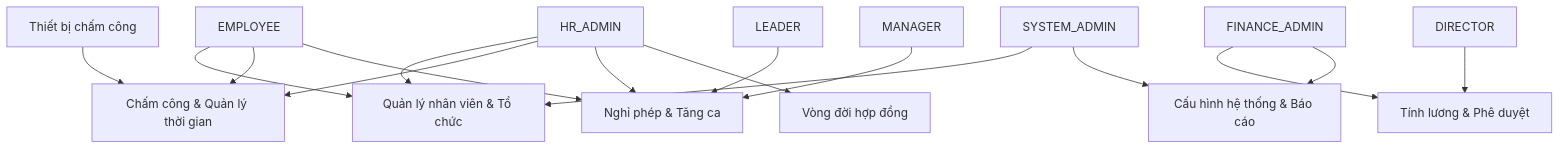
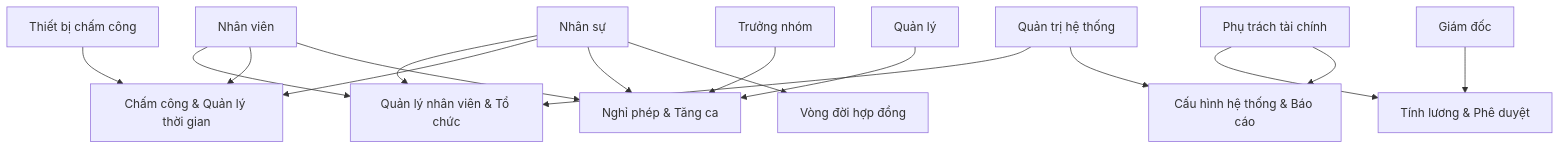
Before and after one commit to NBachTH/HRMS: the first of 19 diagrams in docs/DATN_20204812_NguyenThanhBach/DATN_20204812_NguyenThanhBach.md, drawn with Mermaid. The commit also changed other lines of this file, not shown here.

````diff
--- a/docs/DATN_20204812_NguyenThanhBach/DATN_20204812_NguyenThanhBach.md
+++ b/docs/DATN_20204812_NguyenThanhBach/DATN_20204812_NguyenThanhBach.md
@@ -176,23 +167,23 @@
 ```mermaid
 graph TD
-    EMP["EMPLOYEE"] --> UC1["Quản lý nhân viên & Tổ chức"]
+    EMP["Nhân viên"] --> UC1["Quản lý nhân viên & Tổ chức"]
     EMP --> UC2["Chấm công & Quản lý thời gian"]
     EMP --> UC3["Nghỉ phép & Tăng ca"]
 
-    LEADER["LEADER"] --> UC3
-    MANAGER["MANAGER"] --> UC3
+    LEADER["Trưởng nhóm"] --> UC3
+    MANAGER["Quản lý"] --> UC3
 
-    HR["HR_ADMIN"] --> UC1
+    HR["Nhân sự"] --> UC1
     HR --> UC2
     HR --> UC3
     HR --> UC4["Vòng đời hợp đồng"]
 
-    FIN["FINANCE_ADMIN"] --> UC5["Tính lương & Phê duyệt"]
+    FIN["Phụ trách tài chính"] --> UC5["Tính lương & Phê duyệt"]
     FIN --> UC6["Cấu hình hệ thống & Báo cáo"]
 
-    DIR["DIRECTOR"] --> UC5
-    SYS["SYSTEM_ADMIN"] --> UC1
+    DIR["Giám đốc"] --> UC5
+    SYS["Quản trị hệ thống"] --> UC1
     SYS --> UC6
 
     DEV["Thiết bị chấm công"] --> UC2
 ```
````
